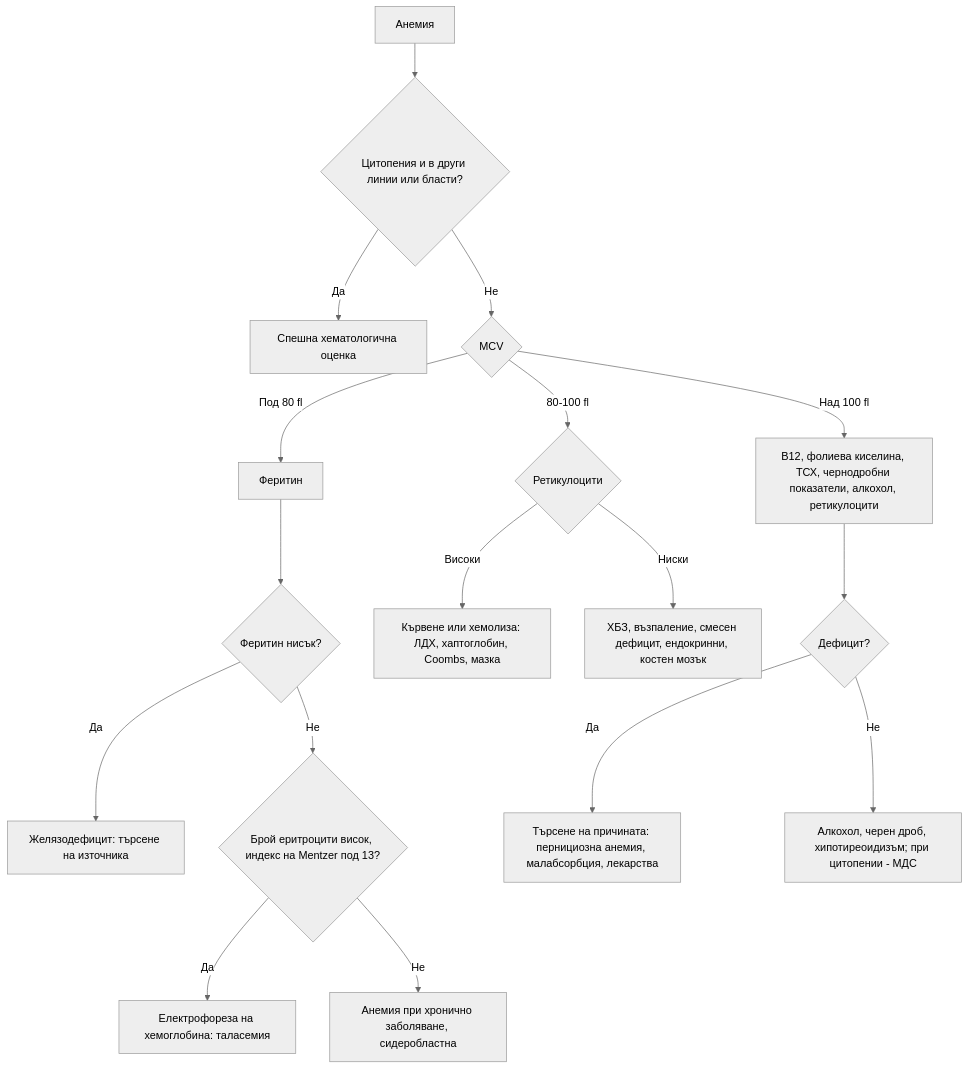
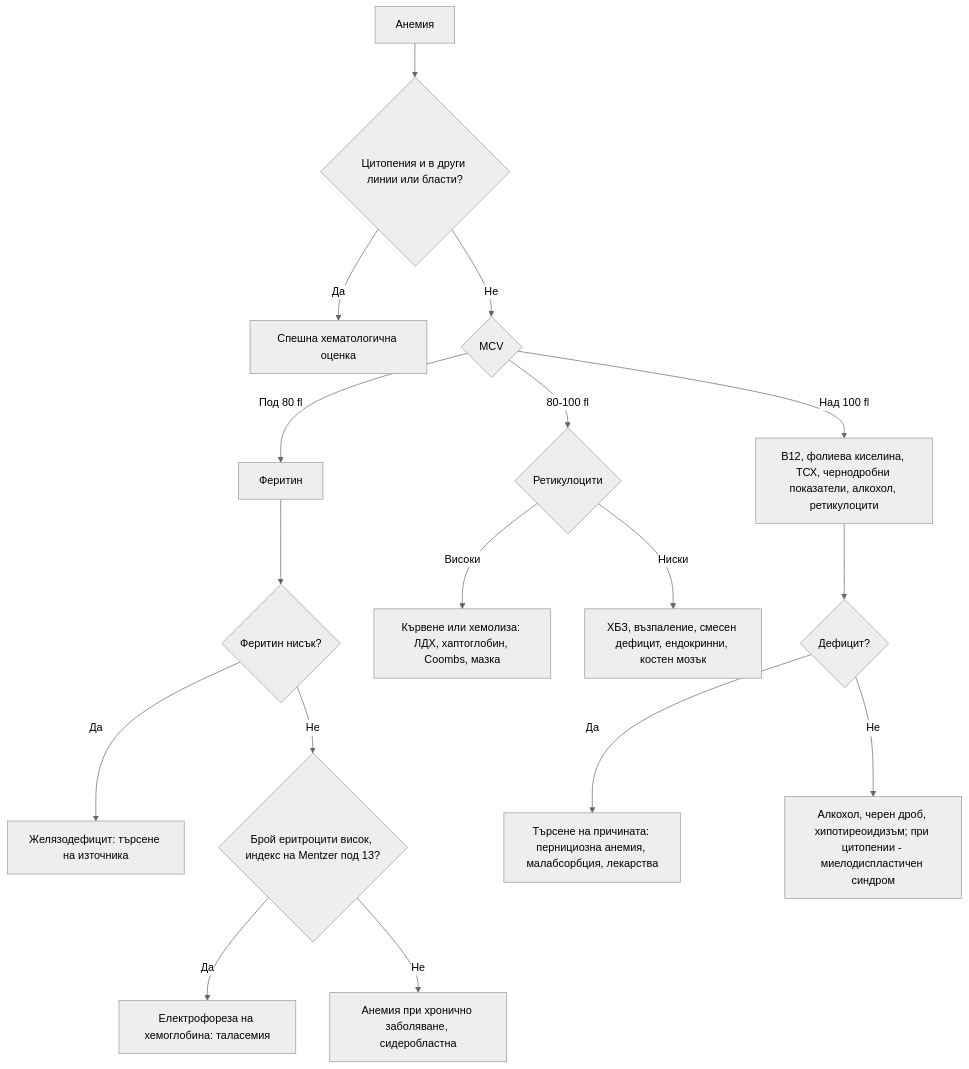
Before and after one commit to yancho26/yancho: the diagram in glavi/32-anemia.md, drawn with Mermaid (neutral theme). The commit also changed 46 other files, not shown here.

````diff
--- a/glavi/32-anemia.md
+++ b/glavi/32-anemia.md
@@ -203,19 +203,19 @@
 ```mermaid
 flowchart TD
     A["Анемия"] --> B{"Цитопения и в други линии или бласти?"}
     B -->|Да| C["Спешна хематологична оценка"]
     B -->|Не| D{"MCV"}
     D -->|Под 80 fl| E["Феритин"]
     E --> F{"Феритин нисък?"}
     F -->|Да| G["Желязодефицит: търсене на източника"]
     F -->|Не| H{"Брой еритроцити висок, индекс на Mentzer под 13?"}
     H -->|Да| I["Електрофореза на хемоглобина: таласемия"]
     H -->|Не| J["Анемия при хронично заболяване, сидеробластна"]
     D -->|80-100 fl| K{"Ретикулоцити"}
     K -->|Високи| L["Кървене или хемолиза: ЛДХ, хаптоглобин, Coombs, мазка"]
     K -->|Ниски| M["ХБЗ, възпаление, смесен дефицит, ендокринни, костен мозък"]
     D -->|Над 100 fl| N["B12, фолиева киселина, ТСХ, чернодробни показатели, алкохол, ретикулоцити"]
     N --> O{"Дефицит?"}
     O -->|Да| P["Търсене на причината: пернициозна анемия, малабсорбция, лекарства"]
-    O -->|Не| Q["Алкохол, черен дроб, хипотиреоидизъм; при цитопении - МДС"]
+    O -->|Не| Q["Алкохол, черен дроб, хипотиреоидизъм; при цитопении - миелодиспластичен синдром"]
 ```
````
